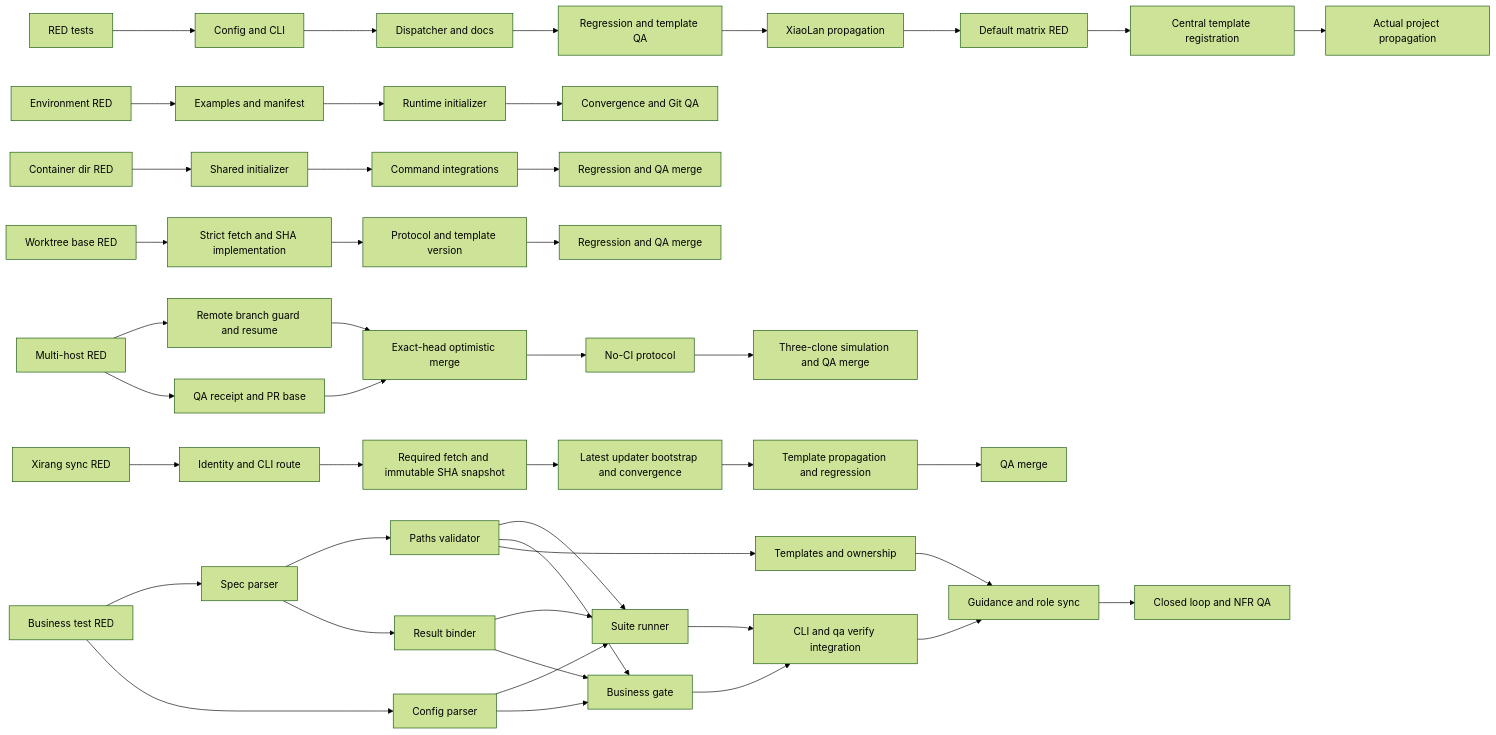
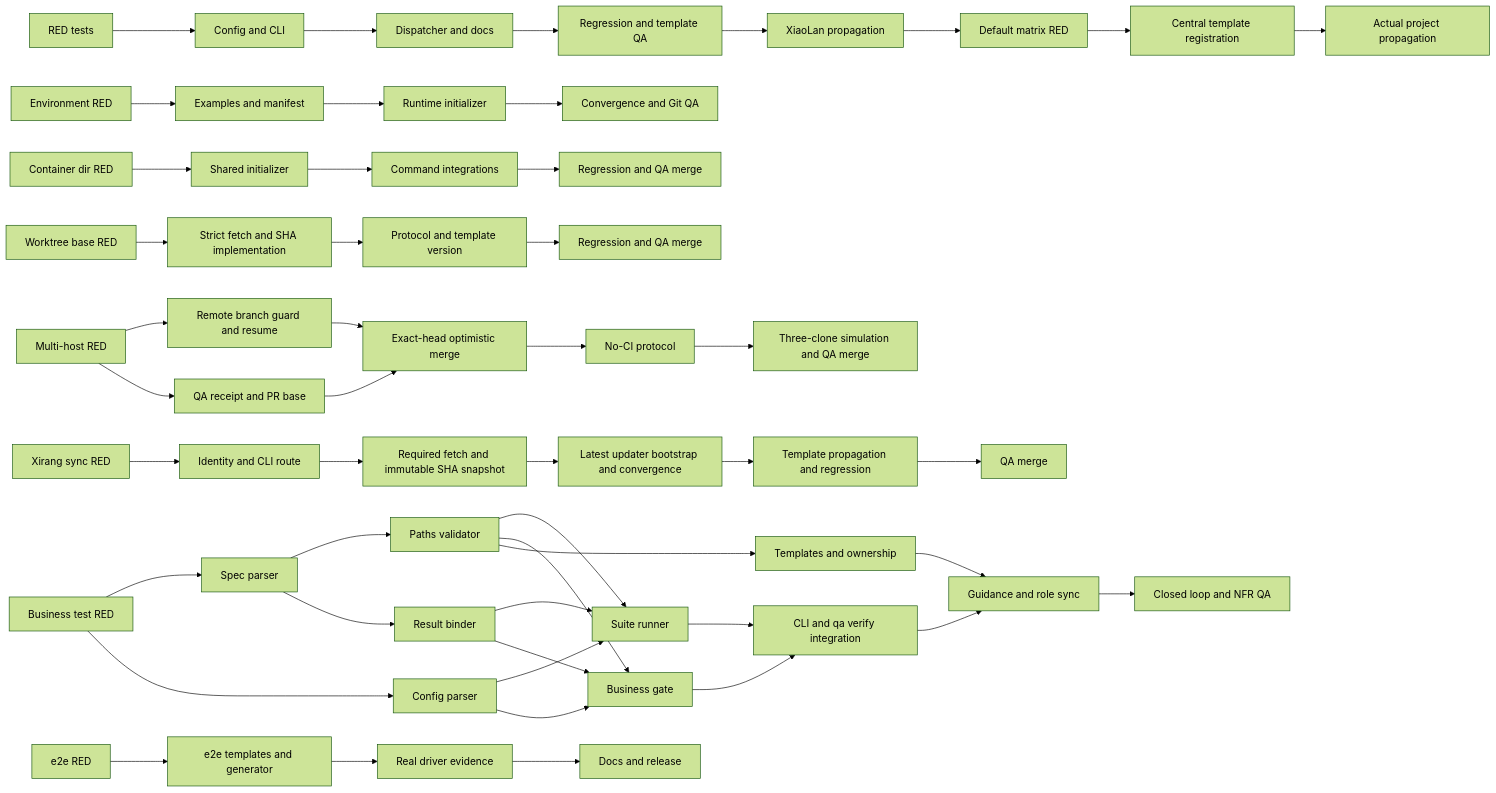
Before and after one commit to hollisyao2024/PromptsEngineering: the diagram in docs/TASK.md, drawn with Mermaid (forest theme). The commit also changed other lines of this file and 44 other files, not shown here.

````diff
--- a/docs/TASK.md
+++ b/docs/TASK.md
@@ -49,46 +50,49 @@
 ```mermaid
 flowchart LR
   T1[RED tests] --> T2[Config and CLI]
   T2 --> T3[Dispatcher and docs]
   T3 --> T4[Regression and template QA]
   T4 --> T5[XiaoLan propagation]
   T5 --> T6[Default matrix RED]
   T6 --> T7[Central template registration]
   T7 --> T8[Actual project propagation]
   E1[Environment RED] --> E2[Examples and manifest]
   E2 --> E3[Runtime initializer]
   E3 --> E4[Convergence and Git QA]
   C1[Container dir RED] --> C2[Shared initializer]
   C2 --> C3[Command integrations]
   C3 --> C4[Regression and QA merge]
   W1[Worktree base RED] --> W2[Strict fetch and SHA implementation]
   W2 --> W3[Protocol and template version]
   W3 --> W4[Regression and QA merge]
   H1[Multi-host RED] --> H2[Remote branch guard and resume]
   H1 --> H3[QA receipt and PR base]
   H2 --> H4[Exact-head optimistic merge]
   H3 --> H4
   H4 --> H5[No-CI protocol]
   H5 --> H6[Three-clone simulation and QA merge]
   X1[Xirang sync RED] --> X2[Identity and CLI route]
   X2 --> X3[Required fetch and immutable SHA snapshot]
   X3 --> X4[Latest updater bootstrap and convergence]
   X4 --> X5[Template propagation and regression]
   X5 --> X6[QA merge]
   B1[Business test RED] --> B2[Spec parser]
   B1 --> B4[Config parser]
   B2 --> B3[Paths validator]
   B2 --> B5[Result binder]
   B3 --> B6[Suite runner]
   B4 --> B6
   B5 --> B6
   B3 --> B7[Business gate]
   B4 --> B7
   B5 --> B7
   B6 --> B8[CLI and qa verify integration]
   B7 --> B8
   B3 --> B9[Templates and ownership]
   B8 --> B10[Guidance and role sync]
   B9 --> B10
   B10 --> B11[Closed loop and NFR QA]
+  O1[e2e RED] --> O2[e2e templates and generator]
+  O2 --> O3[Real driver evidence]
+  O3 --> O4[Docs and release]
 ```
````
